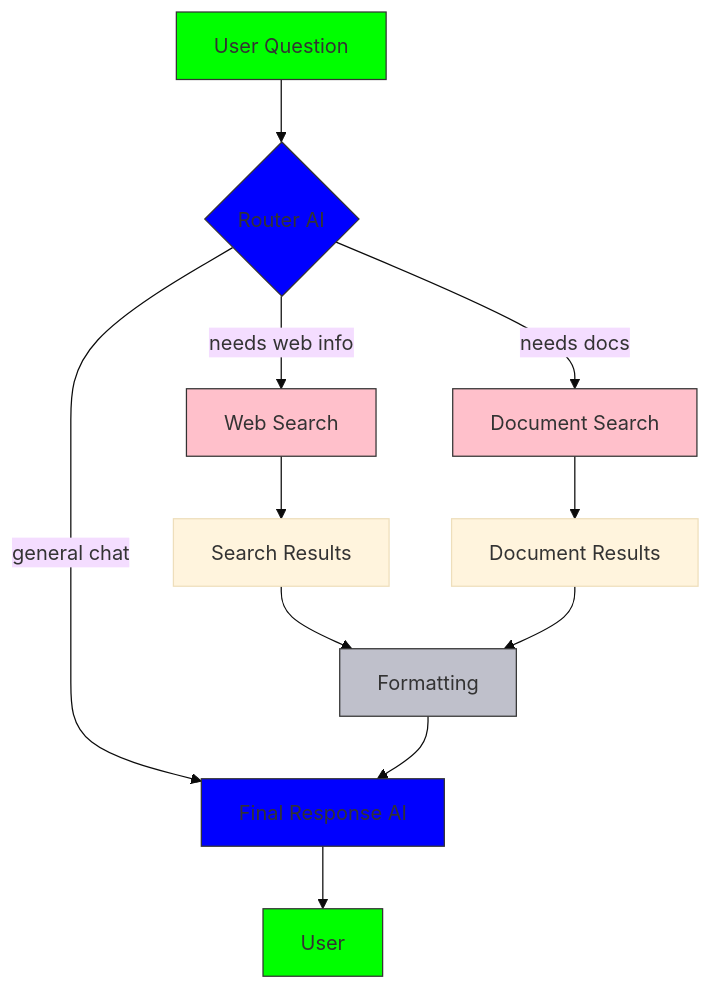
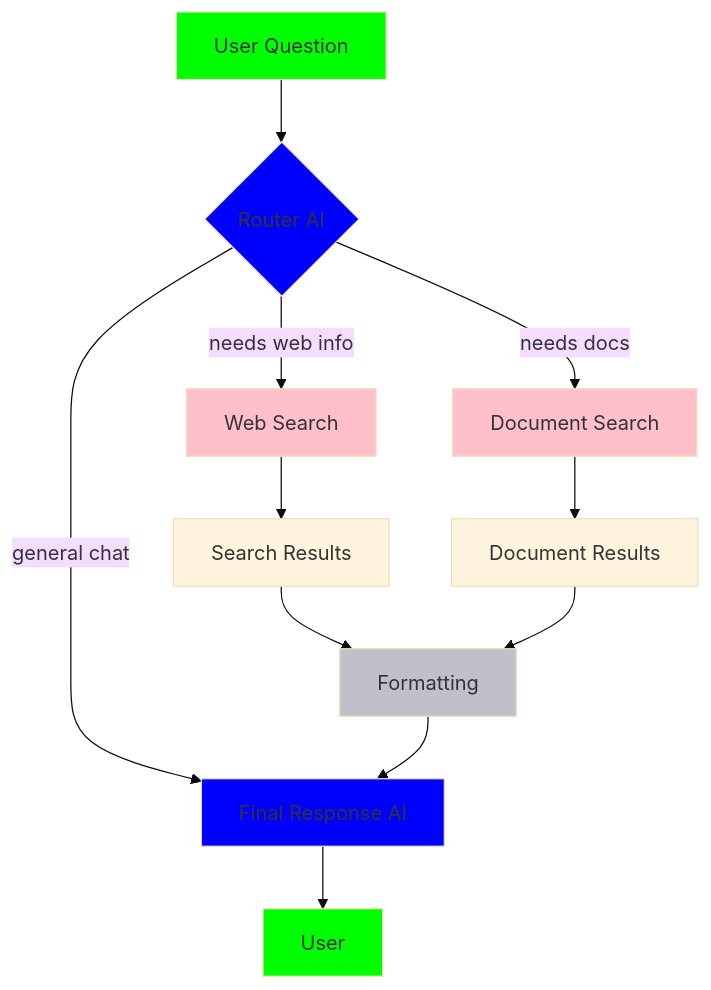
The first of 2 diagrams in blogs/part1.md (ollienation/Blog), drawn with Mermaid (base theme) before and after one commit. The commit also changed other lines of this file and 10 other files, not shown here.

````diff
--- a/blogs/part1.md
+++ b/blogs/part1.md
@@ -342,28 +342,28 @@
 ```mermaid
 
 flowchart TD
     A[User Question] --> B{Router AI}
 
     B -->|needs web info| C[Web Search]
     B -->|needs docs| D[Document Search]
     B -->|general chat| H[Final Response AI]
 
     C --> F[Search Results]
     D --> G[Document Results]
 
     F --> E[Formatting]
     G --> E
 
     E --> H
     H --> I[User]
 
     %% Node Styling
-    style B fill:#0000FF,stroke:#333,stroke-width:2px; %% Blue
-    style H fill:#0000FF,stroke:#333,stroke-width:2px; %% Blue
-    style C fill:#FFC0CB,stroke:#333,stroke-width:2px; %% Pink
-    style D fill:#FFC0CB,stroke:#333,stroke-width:2px; %% Pink
-    style E fill:#BFC0CB,stroke:#333,stroke-width:2px; %% Pink
-    style A fill:#00FF00,stroke:#333,stroke-width:2px; %% Green
-    style I fill:#00FF00,stroke:#333,stroke-width:2px; %% Green
+    style B fill:#0000FF
+    style H fill:#0000FF
+    style C fill:#FFC0CB
+    style D fill:#FFC0CB
+    style E fill:#BFC0CB
+    style A fill:#00FF00
+    style I fill:#00FF00
 
 ```
````
